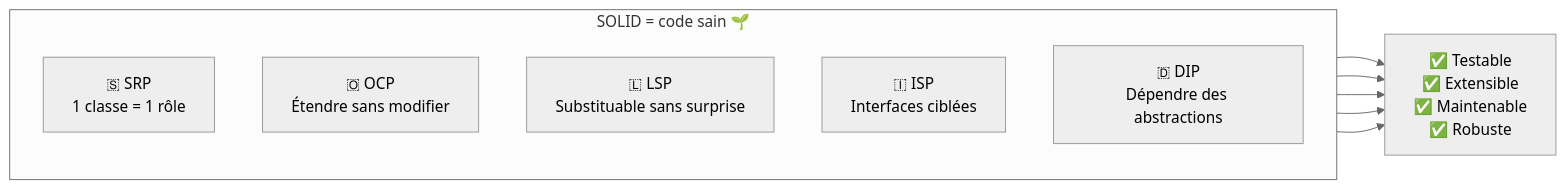
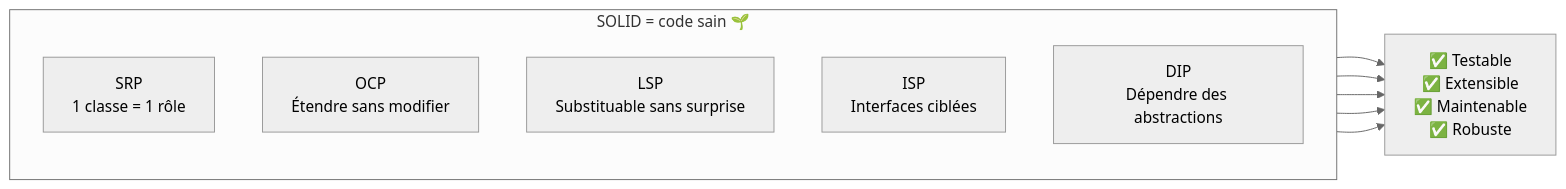
The eighth of 8 diagrams in SOLID/README.FR.md (AnthonyDegroote/SoftwareCraftLab), drawn with Mermaid (neutral theme) before and after one commit.

Commit message:
Suppression des emojis dans le diagramme SOLID
Les drapeaux emoji ont été retirés des labels des principes SOLID dans le diagramme Mermaid du README.FR.md, pour ne conserver que les acronymes et descriptions textuelles (SRP, OCP, LSP, ISP, DIP).

````diff
--- a/SOLID/README.FR.md
+++ b/SOLID/README.FR.md
@@ -399,17 +399,17 @@
 ```mermaid
 graph LR
     subgraph "SOLID = code sain 🌱"
         direction TB
-        S["🇸 SRP<br/>1 classe = 1 rôle"]
-        O["🇴 OCP<br/>Étendre sans modifier"]
-        L["🇱 LSP<br/>Substituable sans surprise"]
-        I["🇮 ISP<br/>Interfaces ciblées"]
-        D["🇩 DIP<br/>Dépendre des abstractions"]
+        S["SRP<br/>1 classe = 1 rôle"]
+        O["OCP<br/>Étendre sans modifier"]
+        L["LSP<br/>Substituable sans surprise"]
+        I["ISP<br/>Interfaces ciblées"]
+        D["DIP<br/>Dépendre des abstractions"]
     end
 
     S --> RESULT["✅ Testable<br/>✅ Extensible<br/>✅ Maintenable<br/>✅ Robuste"]
     O --> RESULT
     L --> RESULT
     I --> RESULT
     D --> RESULT
 ```
````
